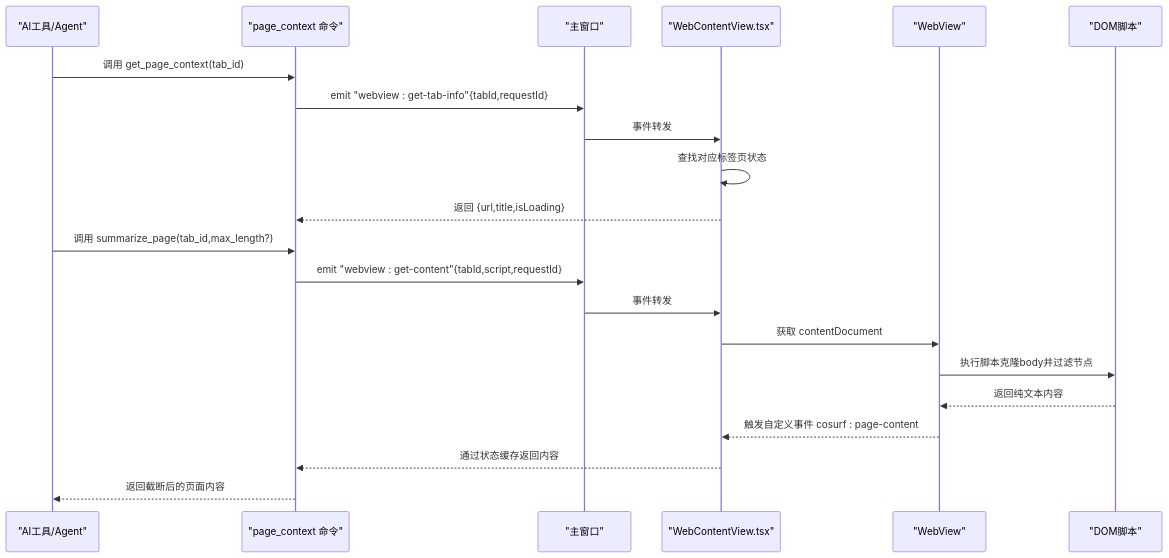
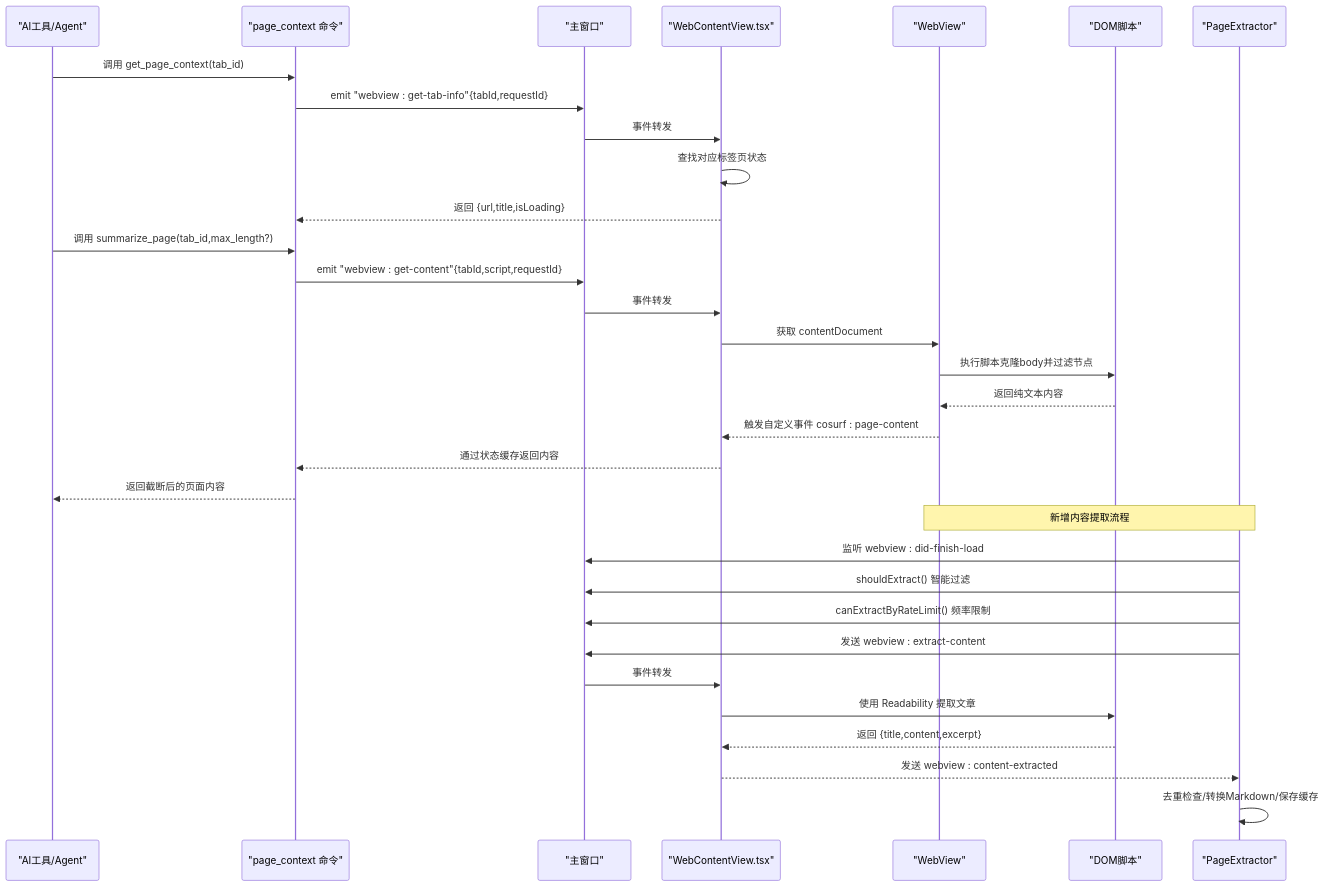
One commit to baike08/cosurf changed the second of 10 diagrams in .qoder/repowiki/zh/content/浏览器集成/页面上下文提取.md. Above: the diagram before and after it, drawn with Mermaid. The commit also changed other lines of this file and 23 other files, not shown here.

````diff
--- a/.qoder/repowiki/zh/content/浏览器集成/页面上下文提取.md
+++ b/.qoder/repowiki/zh/content/浏览器集成/页面上下文提取.md
@@ -101,23 +139,34 @@
 ```mermaid
 sequenceDiagram
 participant AI as "AI工具/Agent"
 participant Cmd as "page_context 命令"
 participant Win as "主窗口"
 participant FE as "WebContentView.tsx"
 participant WV as "WebView"
 participant DOM as "DOM脚本"
+participant PE as "PageExtractor"
 AI->>Cmd : 调用 get_page_context(tab_id)
 Cmd->>Win : emit "webview : get-tab-info"{tabId,requestId}
 Win->>FE : 事件转发
 FE->>FE : 查找对应标签页状态
 FE-->>Cmd : 返回 {url,title,isLoading}
 AI->>Cmd : 调用 summarize_page(tab_id,max_length?)
 Cmd->>Win : emit "webview : get-content"{tabId,script,requestId}
 Win->>FE : 事件转发
 FE->>WV : 获取 contentDocument
 WV->>DOM : 执行脚本克隆body并过滤节点
 DOM-->>WV : 返回纯文本内容
 WV-->>FE : 触发自定义事件 cosurf : page-content
 FE-->>Cmd : 通过状态缓存返回内容
 Cmd-->>AI : 返回截断后的页面内容
+Note over PE,WV : 新增内容提取流程
+PE->>Win : 监听 webview : did-finish-load
+PE->>Win : shouldExtract() 智能过滤
+PE->>Win : canExtractByRateLimit() 频率限制
+PE->>Win : 发送 webview : extract-content
+Win->>FE : 事件转发
+FE->>DOM : 使用 Readability 提取文章
+DOM-->>FE : 返回 {title,content,excerpt}
+FE-->>PE : 发送 webview : content-extracted
+PE->>PE : 去重检查/转换Markdown/保存缓存
 ```
````
